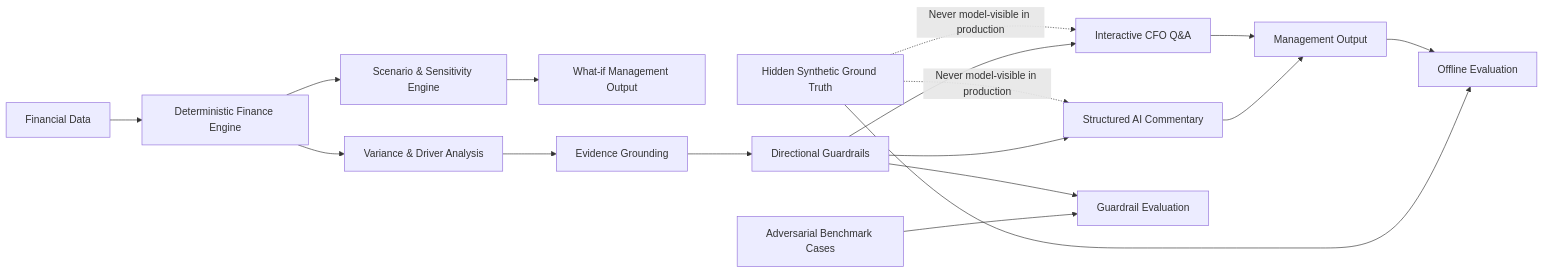
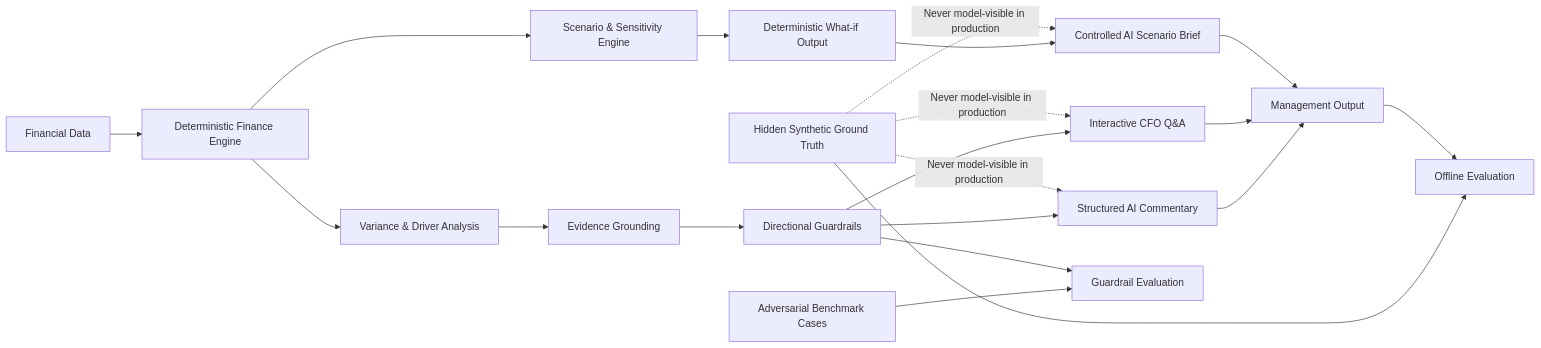
Before and after one commit to AndreasOftedal/CFO-Intelligence-Copilot: the diagram in README.md, drawn with Mermaid. The commit also changed other lines of this file and 6 other files, not shown here.

Commit message:
Complete scenario lab with discount and AI scenario brief

````diff
--- a/README.md
+++ b/README.md
@@ -212,27 +218,30 @@
 ```mermaid
 flowchart LR
 
     A[Financial Data] --> B[Deterministic Finance Engine]
     B --> C[Variance & Driver Analysis]
 
     B --> S[Scenario & Sensitivity Engine]
-    S --> T[What-if Management Output]
+    S --> T[Deterministic What-if Output]
+    T --> R[Controlled AI Scenario Brief]
 
     C --> D[Evidence Grounding]
     D --> E[Directional Guardrails]
 
     E --> F[Structured AI Commentary]
     E --> Q[Interactive CFO Q&A]
 
     F --> G[Management Output]
     Q --> G
+    R --> G
 
     H[Hidden Synthetic Ground Truth] --> I[Offline Evaluation]
     G --> I
 
     J[Adversarial Benchmark Cases] --> K[Guardrail Evaluation]
     E --> K
 
     H -. Never model-visible in production .-> F
     H -. Never model-visible in production .-> Q
+    H -. Never model-visible in production .-> R
 ```
````
